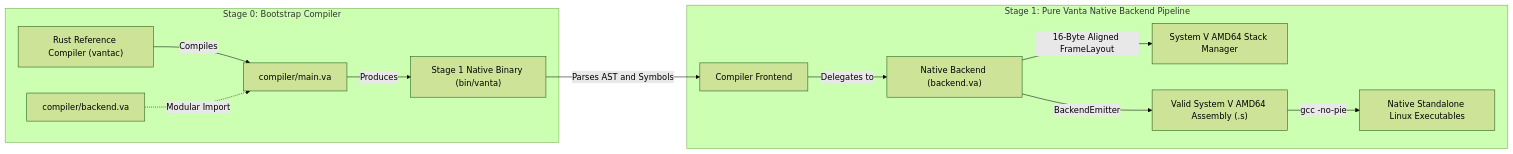
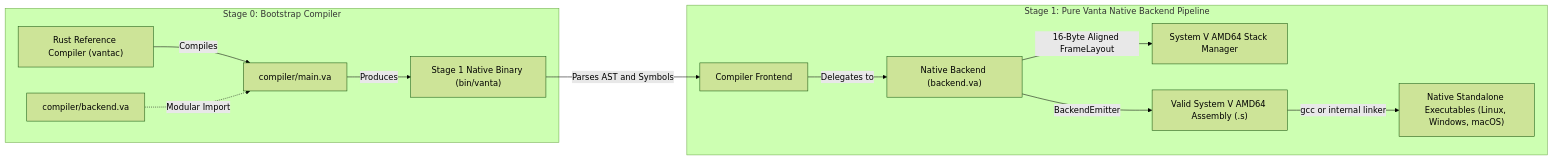
Before and after one commit to Looka-info/Venta: the fifth of 5 diagrams in README.md, drawn with Mermaid (forest theme). The commit also changed other lines of this file and 3 other files, not shown here.

````diff
--- a/README.md
+++ b/README.md
@@ -551,19 +581,19 @@
 ```mermaid
 flowchart LR
     subgraph Bootstrap ["Stage 0: Bootstrap Compiler"]
         RUST["Rust Reference Compiler (vantac)"]
         VA_SRC["compiler/main.va"]
         VA_BACKEND["compiler/backend.va"]
         RUST -->|Compiles| VA_SRC
         VA_BACKEND -.->|Modular Import| VA_SRC
         VA_SRC -->|Produces| S1_BIN["Stage 1 Native Binary (bin/vanta)"]
     end
 
     subgraph NativePipeline ["Stage 1: Pure Vanta Native Backend Pipeline"]
         S1_BIN -->|Parses AST and Symbols| FRONT["Compiler Frontend"]
         FRONT -->|Delegates to| BACKEND["Native Backend (backend.va)"]
         BACKEND -->|16-Byte Aligned FrameLayout| STACK["System V AMD64 Stack Manager"]
         BACKEND -->|BackendEmitter| ASM["Valid System V AMD64 Assembly (.s)"]
-        ASM -->|gcc -no-pie| PROG["Native Standalone Linux Executables"]
+        ASM -->|gcc or internal linker| PROG["Native Standalone Executables (Linux, Windows, macOS)"]
     end
 ```
````
